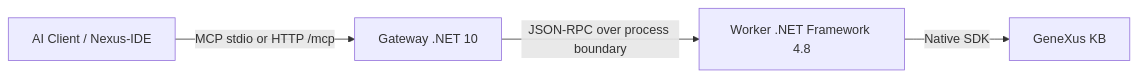
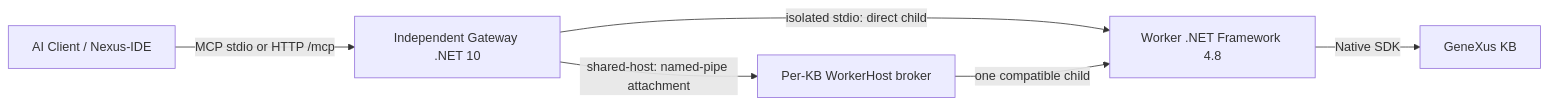
One commit to davidagostini/Genexus18MCP changed the diagram in README.md. Above: the diagram before and after it, drawn with Mermaid. The commit also changed other lines of this file and 31 other files, not shown here.

Commit message:
feat(worker): share SDK Worker across MCP clients

````diff
--- a/README.md
+++ b/README.md
@@ -616,6 +686,8 @@
 ```mermaid
 graph LR
-    A[AI Client / Nexus-IDE] -->|MCP stdio or HTTP /mcp| B[Gateway .NET 10]
-    B -->|JSON-RPC over process boundary| C[Worker .NET Framework 4.8]
+    A[AI Client / Nexus-IDE] -->|MCP stdio or HTTP /mcp| B[Independent Gateway .NET 10]
+    B -->|isolated stdio: direct child| C[Worker .NET Framework 4.8]
+    B -->|shared-host: named-pipe attachment| H[Per-KB WorkerHost broker]
+    H -->|one compatible child| C
     C -->|Native SDK| D[GeneXus KB]
 ```
````
